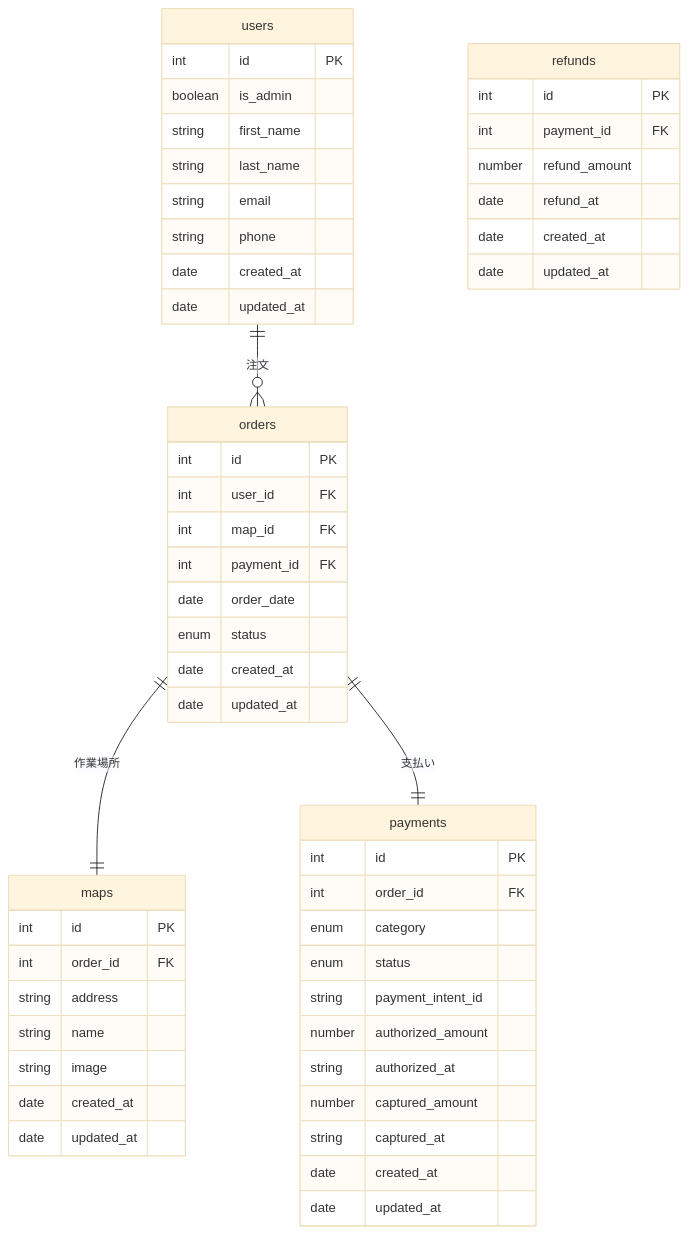
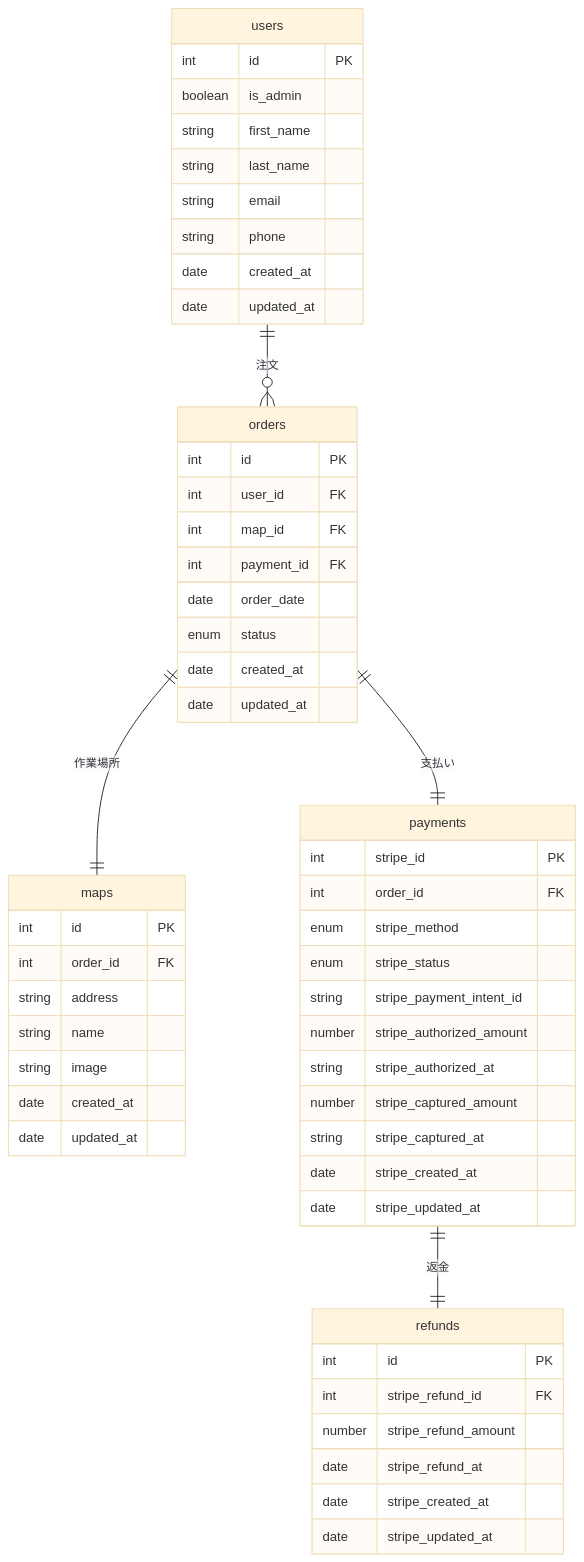
Before and after one commit to mitsukura/shikimori: the diagram in docs/er.md, drawn with Mermaid (base theme).

Commit message:
fix: refundsテーブルを修正、paymentsテーブルの修正

````diff
--- a/docs/er.md
+++ b/docs/er.md
@@ -3,65 +3,66 @@
 ```mermaid
 erDiagram
 
 %% エンティティ定義
 users ||--o{ orders : "注文"
 orders ||--|| maps : "作業場所"
 orders ||--|| payments : "支払い"
+payments ||--|| refunds : "返金"
 
 %% エンティティ詳細
 users {
   int id PK
   boolean is_admin
   string first_name
   string last_name
   string email
   string phone
   date created_at
   date updated_at
 }
 
 orders {
   int id PK
   int user_id FK
   int map_id FK
   int payment_id FK
   date order_date
   enum status
   date created_at
   date updated_at
 }
 
 maps{
   int id PK
   int order_id FK
   string address
   string name
   string image
   date created_at
   date updated_at
 }
 
 refunds {
   int id PK
-  int payment_id FK
-  number refund_amount
-  date refund_at
-  date created_at
-  date updated_at
+  int stripe_refund_id FK
+  number stripe_refund_amount
+  date stripe_refund_at
+  date stripe_created_at
+  date stripe_updated_at
 }
 
 
 payments {
-  int id PK
+  int stripe_id PK
   int order_id FK
-  enum category
-  enum status
-  string payment_intent_id
-  number authorized_amount
-  string authorized_at
-  number captured_amount
-  string captured_at
-  date created_at
-  date updated_at
+  enum stripe_method
+  enum stripe_status
+  string stripe_payment_intent_id
+  number stripe_authorized_amount
+  string stripe_authorized_at
+  number stripe_captured_amount
+  string stripe_captured_at
+  date stripe_created_at
+  date stripe_updated_at
 }
 ```
````
